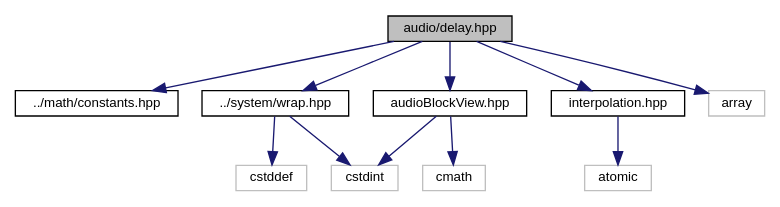
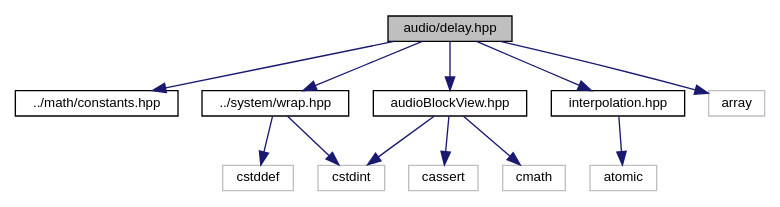
Before and after one commit to AkiyukiOkayasu/ame: the diagram in docs/delay_8hpp__incl.dot, drawn with Graphviz. The commit also changed 87 other files, not shown here.

```diff
--- a/docs/delay_8hpp__incl.dot
+++ b/docs/delay_8hpp__incl.dot
@@ -1,26 +1,28 @@
 digraph "audio/delay.hpp"
 {
  // LATEX_PDF_SIZE
   edge [fontname="Helvetica",fontsize="10",labelfontname="Helvetica",labelfontsize="10"];
   node [fontname="Helvetica",fontsize="10",shape=record];
   Node1 [label="audio/delay.hpp",height=0.2,width=0.4,color="black", fillcolor="grey75", style="filled", fontcolor="black",tooltip="Fractional delay."];
   Node1 -> Node2 [color="midnightblue",fontsize="10",style="solid",fontname="Helvetica"];
   Node2 [label="../math/constants.hpp",height=0.2,width=0.4,color="black", fillcolor="white", style="filled",URL="$constants_8hpp.html",tooltip="Math constants."];
   Node1 -> Node3 [color="midnightblue",fontsize="10",style="solid",fontname="Helvetica"];
   Node3 [label="../system/wrap.hpp",height=0.2,width=0.4,color="black", fillcolor="white", style="filled",URL="$wrap_8hpp.html",tooltip="The number to automatically wrap in the range [0, length-1]."];
   Node3 -> Node4 [color="midnightblue",fontsize="10",style="solid",fontname="Helvetica"];
   Node4 [label="cstddef",height=0.2,width=0.4,color="grey75", fillcolor="white", style="filled",tooltip=" "];
   Node3 -> Node5 [color="midnightblue",fontsize="10",style="solid",fontname="Helvetica"];
   Node5 [label="cstdint",height=0.2,width=0.4,color="grey75", fillcolor="white", style="filled",tooltip=" "];
   Node1 -> Node6 [color="midnightblue",fontsize="10",style="solid",fontname="Helvetica"];
   Node6 [label="audioBlockView.hpp",height=0.2,width=0.4,color="black", fillcolor="white", style="filled",URL="$audio_block_view_8hpp.html",tooltip="Audio Block View."];
   Node6 -> Node7 [color="midnightblue",fontsize="10",style="solid",fontname="Helvetica"];
-  Node7 [label="cmath",height=0.2,width=0.4,color="grey75", fillcolor="white", style="filled",tooltip=" "];
+  Node7 [label="cassert",height=0.2,width=0.4,color="grey75", fillcolor="white", style="filled",tooltip=" "];
+  Node6 -> Node8 [color="midnightblue",fontsize="10",style="solid",fontname="Helvetica"];
+  Node8 [label="cmath",height=0.2,width=0.4,color="grey75", fillcolor="white", style="filled",tooltip=" "];
   Node6 -> Node5 [color="midnightblue",fontsize="10",style="solid",fontname="Helvetica"];
-  Node1 -> Node8 [color="midnightblue",fontsize="10",style="solid",fontname="Helvetica"];
-  Node8 [label="interpolation.hpp",height=0.2,width=0.4,color="black", fillcolor="white", style="filled",URL="$interpolation_8hpp.html",tooltip="Interpolation."];
-  Node8 -> Node9 [color="midnightblue",fontsize="10",style="solid",fontname="Helvetica"];
-  Node9 [label="atomic",height=0.2,width=0.4,color="grey75", fillcolor="white", style="filled",tooltip=" "];
-  Node1 -> Node10 [color="midnightblue",fontsize="10",style="solid",fontname="Helvetica"];
-  Node10 [label="array",height=0.2,width=0.4,color="grey75", fillcolor="white", style="filled",tooltip=" "];
+  Node1 -> Node9 [color="midnightblue",fontsize="10",style="solid",fontname="Helvetica"];
+  Node9 [label="interpolation.hpp",height=0.2,width=0.4,color="black", fillcolor="white", style="filled",URL="$interpolation_8hpp.html",tooltip="Interpolation."];
+  Node9 -> Node10 [color="midnightblue",fontsize="10",style="solid",fontname="Helvetica"];
+  Node10 [label="atomic",height=0.2,width=0.4,color="grey75", fillcolor="white", style="filled",tooltip=" "];
+  Node1 -> Node11 [color="midnightblue",fontsize="10",style="solid",fontname="Helvetica"];
+  Node11 [label="array",height=0.2,width=0.4,color="grey75", fillcolor="white", style="filled",tooltip=" "];
 }
```
